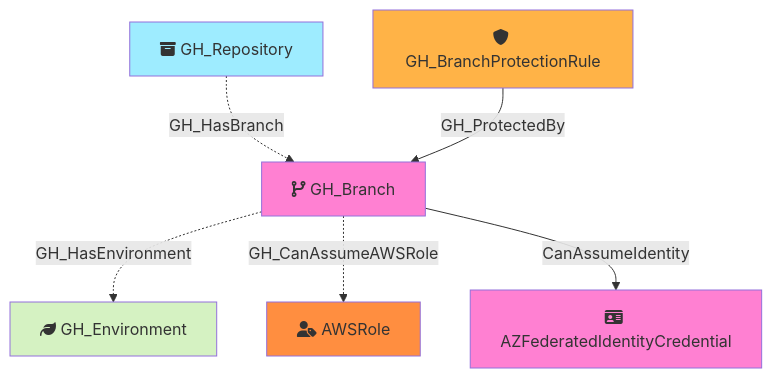
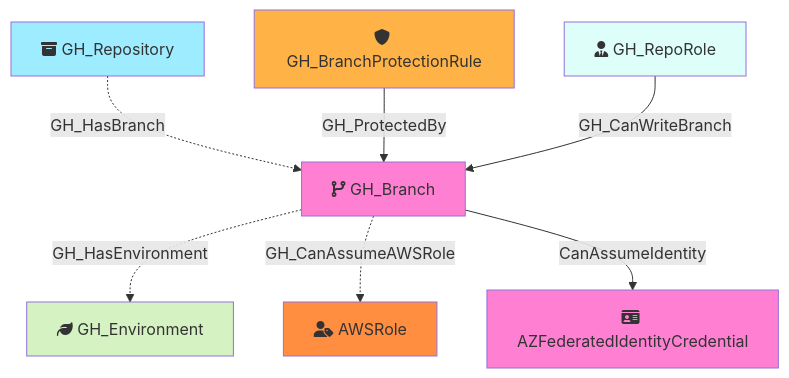
One commit to SpecterOps/GitHound changed the diagram in Documentation/Nodes/GH_Branch.md. Above: the diagram before and after it, drawn with Mermaid. The commit also changed other lines of this file and 20 other files, not shown here.

````diff
--- a/Documentation/Nodes/GH_Branch.md
+++ b/Documentation/Nodes/GH_Branch.md
@@ -37,22 +39,25 @@
 ```mermaid
 flowchart TD
     GH_Branch[fa:fa-code-branch GH_Branch]
     GH_Repository[fa:fa-box-archive GH_Repository]
     GH_BranchProtectionRule[fa:fa-shield GH_BranchProtectionRule]
     GH_Environment[fa:fa-leaf GH_Environment]
     AWSRole[fa:fa-user-tag AWSRole]
+    GH_RepoRole[fa:fa-user-tie GH_RepoRole]
     AZFederatedIdentityCredential[fa:fa-id-card AZFederatedIdentityCredential]
 
     style GH_Branch fill:#FF80D2
     style GH_Repository fill:#9EECFF
     style GH_BranchProtectionRule fill:#FFB347
     style GH_Environment fill:#D5F2C2
+    style GH_RepoRole fill:#DEFEFA
     style AWSRole fill:#FF8E40
     style AZFederatedIdentityCredential fill:#FF80D2
 
     GH_Repository -.->|GH_HasBranch| GH_Branch
     GH_BranchProtectionRule -->|GH_ProtectedBy| GH_Branch
     GH_Branch -.->|GH_HasEnvironment| GH_Environment
     GH_Branch -.->|GH_CanAssumeAWSRole| AWSRole
     GH_Branch -->|CanAssumeIdentity| AZFederatedIdentityCredential
+    GH_RepoRole -->|GH_CanWriteBranch| GH_Branch
 ```
````
